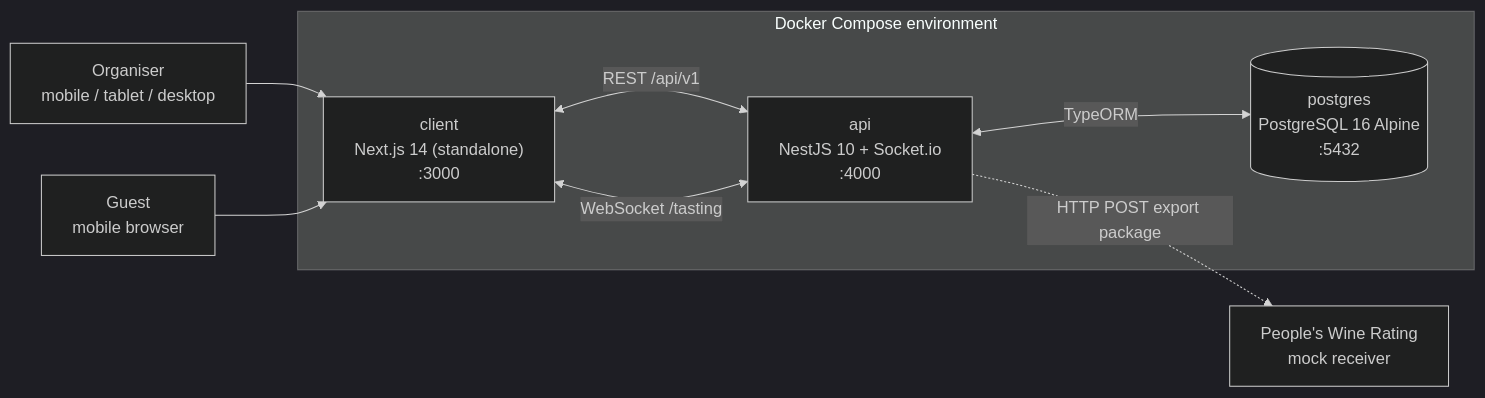
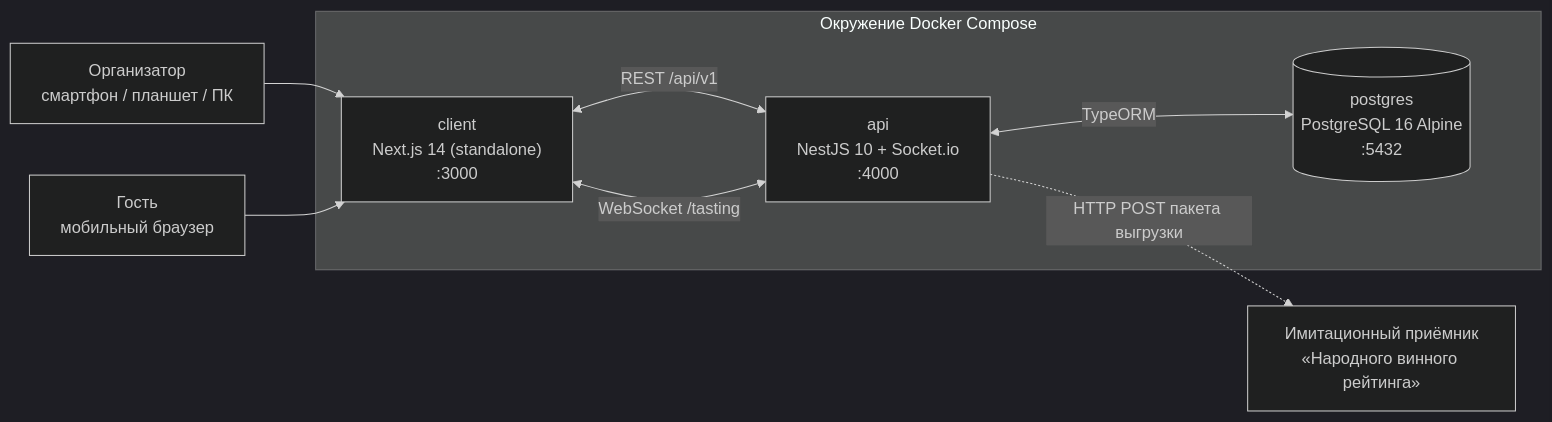
Before and after one commit to WellC2G/tasting-wine-builder-rshb: the diagram in README.md, drawn with Mermaid (dark theme). The commit also changed other lines of this file and 50 other files, not shown here.

Commit message:
feat(events): add russian docs, host auth, event constructor and guest fingerprinting

````diff
--- a/README.md
+++ b/README.md
@@ -32,15 +34,15 @@
 ```mermaid
 flowchart LR
-    subgraph Docker["Docker Compose environment"]
+    subgraph Docker["Окружение Docker Compose"]
         CLIENT["client<br/>Next.js 14 (standalone)<br/>:3000"]
         API["api<br/>NestJS 10 + Socket.io<br/>:4000"]
         DB[("postgres<br/>PostgreSQL 16 Alpine<br/>:5432")]
     end
 
-    HOST["Organiser<br/>mobile / tablet / desktop"] --> CLIENT
-    GUEST["Guest<br/>mobile browser"] --> CLIENT
+    HOST["Организатор<br/>смартфон / планшет / ПК"] --> CLIENT
+    GUEST["Гость<br/>мобильный браузер"] --> CLIENT
     CLIENT <-->|"REST /api/v1"| API
     CLIENT <-->|"WebSocket /tasting"| API
     API <-->|"TypeORM"| DB
-    API -.->|"HTTP POST export package"| MOCK["People's Wine Rating<br/>mock receiver"]
+    API -.->|"HTTP POST пакета выгрузки"| MOCK["Имитационный приёмник<br/>«Народного винного рейтинга»"]
 ```
````
